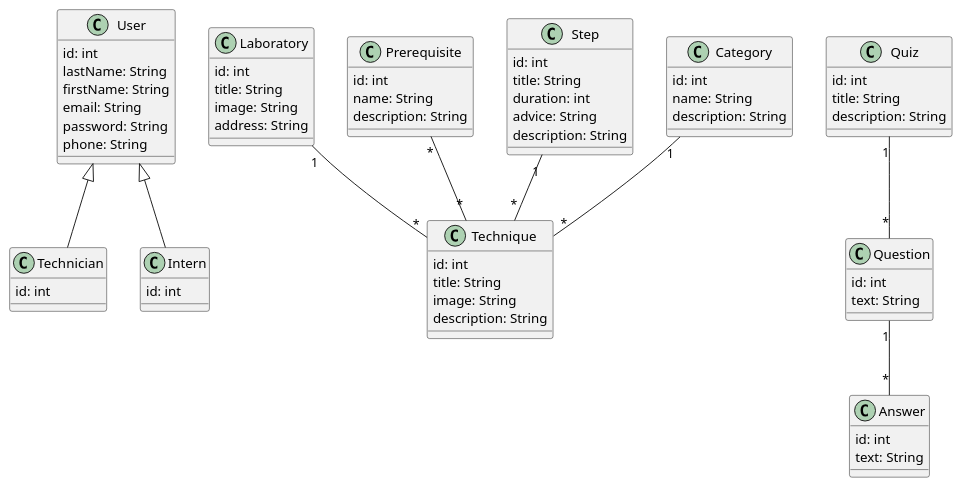
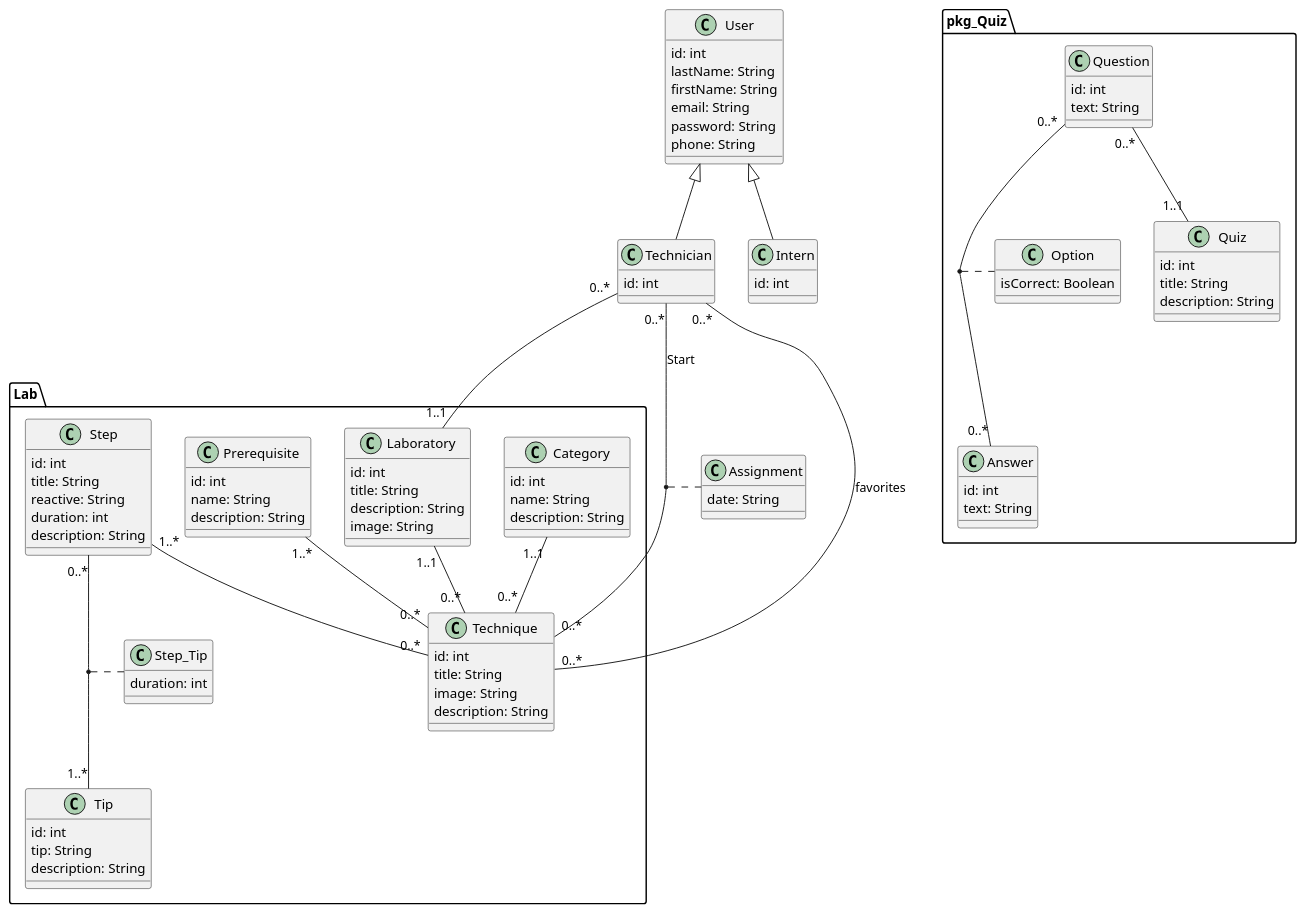
One commit to DevZakariaAz/TechLab-Pro changed the diagram in docs/uml/EnClassDiagram.puml. Above: the diagram before and after it, drawn with PlantUML. The commit also changed 12 other files, not shown here.

```diff
--- a/docs/uml/EnClassDiagram.puml
+++ b/docs/uml/EnClassDiagram.puml
@@ -1,84 +1,106 @@
 @startuml
 
 class User {
     id: int
     lastName: String
     firstName: String
     email: String
     password: String
     phone: String
 }
 
 class Technician {
     id: int
 }
-
 class Intern {
     id: int
 }
 
-class Laboratory {
+class Assignment {
+    date: String
+}
+
+package "Lab" {
+  class Laboratory {
     id: int
     title: String
+    description: String
     image: String
-    address: String
-}
-
-class Technique {
+  }
+  class Prerequisite {
+    id: int
+    name: String
+    description: String
+  }
+  class Step {
+    id: int
+    title: String
+    reactive: String
+    duration: int
+    description: String
+  }
+  class Tip {
+    id: int
+    tip: String
+    description: String
+  }
+  class Category {
+    id: int
+    name: String
+    description: String
+  }
+  class Technique {
     id: int
     title: String
     image: String
     description: String
+  }
+  class Step_Tip {
+    duration: int
+  }
 }
 
-class Prerequisite {
+package "pkg_Quiz" {
+  class Question {
     id: int
-    name: String
-    description: String
-}
+    text: String
+  }
 
-class Step {
+  class Answer {
     id: int
-    title: String
-    duration: int
-    advice: String
-    description: String
-}
+    text: String
+  }
+  
+  class Option {
+    isCorrect: Boolean
+  }
 
-class Category {
-    id: int
-    name: String
-    description: String
-}
-
-class Quiz {
+  class Quiz {
     id: int
     title: String
     description: String
+  }
 }
 
-class Question {
-    id: int
-    text: String
-}
-
-class Answer {
-    id: int
-    text: String
-}
-
-' Inheritance relations (User hierarchy)
+' user relationships (Inheritance):
 User <|-- Technician
 User <|-- Intern
 
-' Other relationships
-Laboratory "1" -- "*" Technique
-Prerequisite "*" -- "*" Technique
-Step "1" -- "*" Technique
-Category "1" -- "*" Technique
+' other relationships:
+Laboratory "1..1" -- "0..*" Technique
+Technician "0..*" -- "0..*" Technique : favorites
+Technician "0..*" -- "0..*" Technique : Start
+(Technician, Technique) . Assignment
+Prerequisite "1..*" -- "0..*" Technique
+Technician "0..*" -- "1..1" Laboratory
+Category "1..1" -- "0..*" Technique
+Step "1..*" -- "0..*" Technique
+Step "0..*" -- "1..*" Tip
+(Step, Tip) . Step_Tip
 
-' Quiz relationships
-Quiz "1" -- "*" Question
-Question "1" -- "*" Answer
+' Quiz relationships:
+Question "0..*" -- "1..1" Quiz
+Question "0..*" -- "0..*" Answer
+(Question, Answer) . Option
 
 @enduml
```
